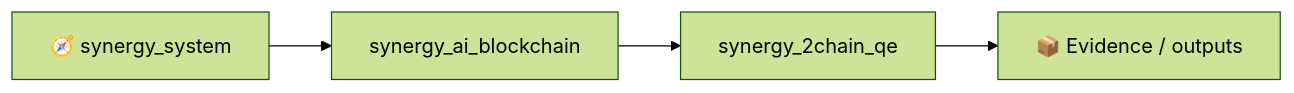
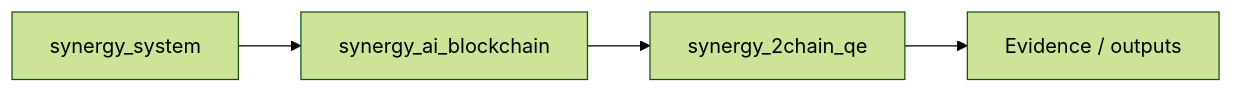
The first of 2 diagrams in README.md (Shtenco/synergy_2chain_qe), drawn with Mermaid (forest theme) before and after one commit. The commit also changed other lines of this file, not shown here.

````diff
--- a/README.md
+++ b/README.md
@@ -305,6 +305,6 @@
 ```mermaid
 flowchart LR
-    SYS[🧭 synergy_system] --> P[synergy_ai_blockchain]
+    SYS[ synergy_system] --> P[synergy_ai_blockchain]
     P --> THIS[synergy_2chain_qe]
-    THIS --> E[📦 Evidence / outputs]
+    THIS --> E[ Evidence / outputs]
 ```
````
